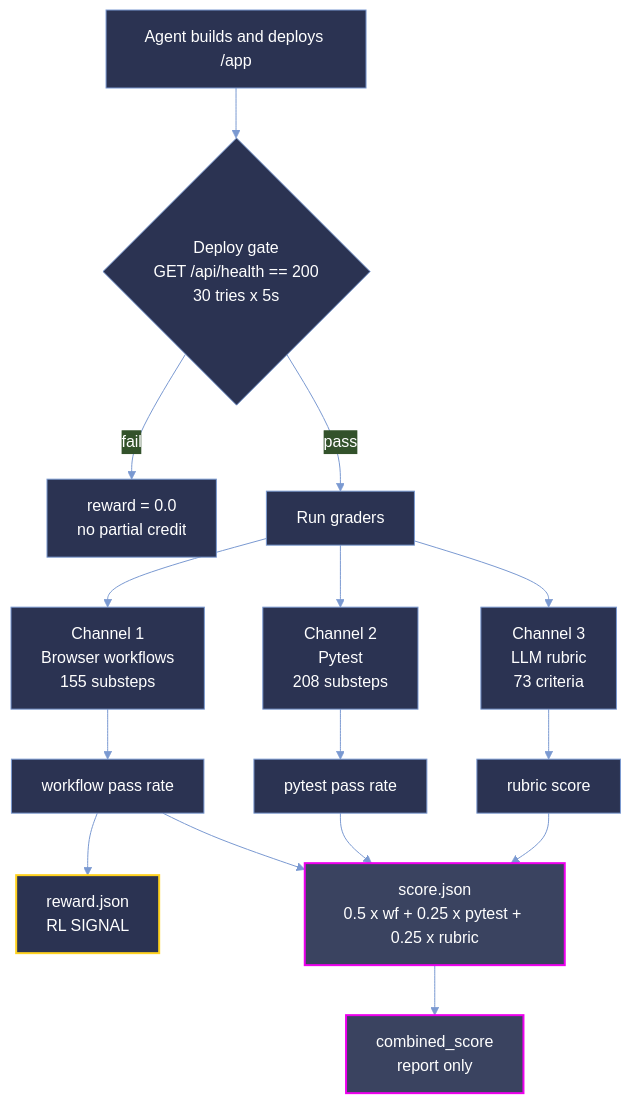
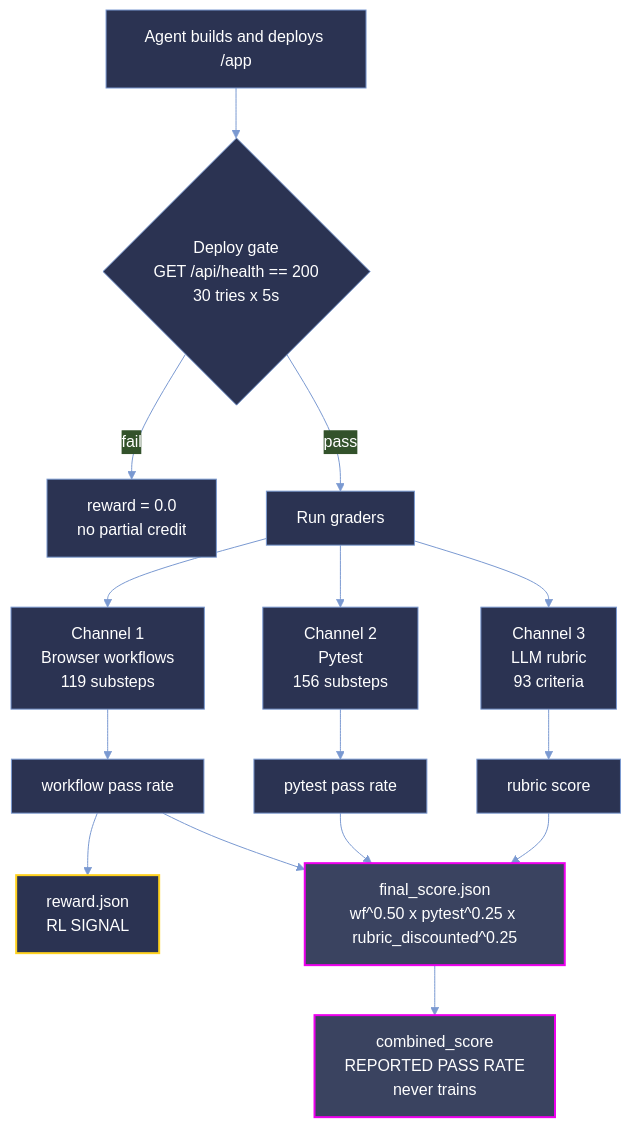
Before and after one commit to EtharaOrion/deku-samples: the diagram in README.md, drawn with Mermaid. The commit also changed other lines of this file and 43 other files, not shown here.

````diff
--- a/README.md
+++ b/README.md
@@ -233,22 +277,22 @@
 ```mermaid
 %%{init: {'theme':'base','themeVariables':{'primaryColor':'#2b3352','primaryTextColor':'#ffffff','primaryBorderColor':'#7a99d1','lineColor':'#7a99d1','fontFamily':'DM Sans, Roboto, Segoe UI, sans-serif'}}}%%
 flowchart TD
     A[Agent builds and deploys /app] --> B{Deploy gate<br/>GET /api/health == 200<br/>30 tries x 5s}
     B -- fail --> Z[reward = 0.0<br/>no partial credit]
     B -- pass --> C[Run graders]
-    C --> D[Channel 1<br/>Browser workflows<br/>155 substeps]
-    C --> E[Channel 2<br/>Pytest<br/>208 substeps]
-    C --> F[Channel 3<br/>LLM rubric<br/>73 criteria]
+    C --> D[Channel 1<br/>Browser workflows<br/>119 substeps]
+    C --> E[Channel 2<br/>Pytest<br/>156 substeps]
+    C --> F[Channel 3<br/>LLM rubric<br/>93 criteria]
     D --> G[workflow pass rate]
     E --> H[pytest pass rate]
     F --> I[rubric score]
     G --> R[reward.json<br/>RL SIGNAL]
-    G --> S[score.json<br/>0.5 x wf + 0.25 x pytest + 0.25 x rubric]
+    G --> S[final_score.json<br/>wf^0.50 x pytest^0.25 x rubric_discounted^0.25]
     H --> S
     I --> S
-    S --> T[combined_score<br/>report only]
+    S --> T[combined_score<br/>REPORTED PASS RATE<br/>never trains]
     classDef sig fill:#2b3352,stroke:#FFD21F,stroke-width:2px,color:#ffffff
     classDef rep fill:#3a4360,stroke:#ee00ee,stroke-width:2px,color:#ffffff
     class R sig
     class S,T rep
 ```
````
